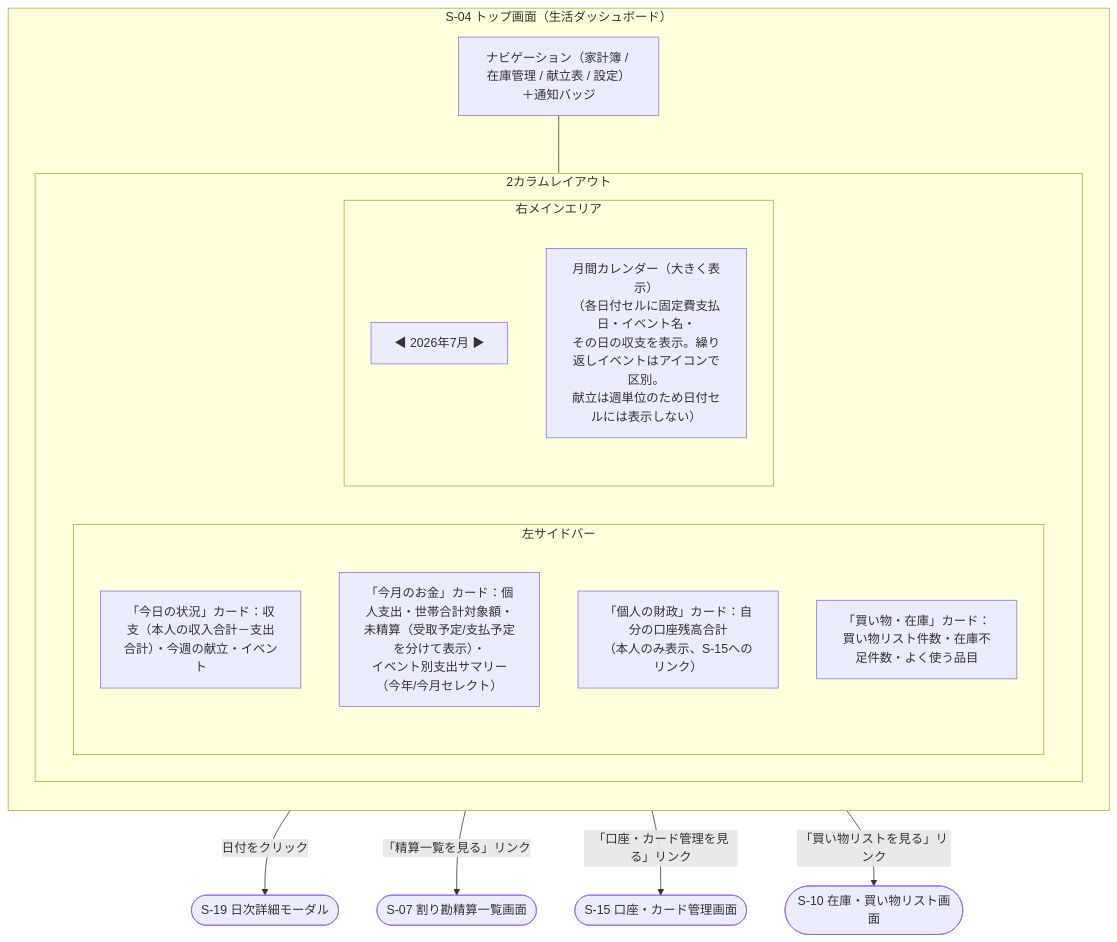
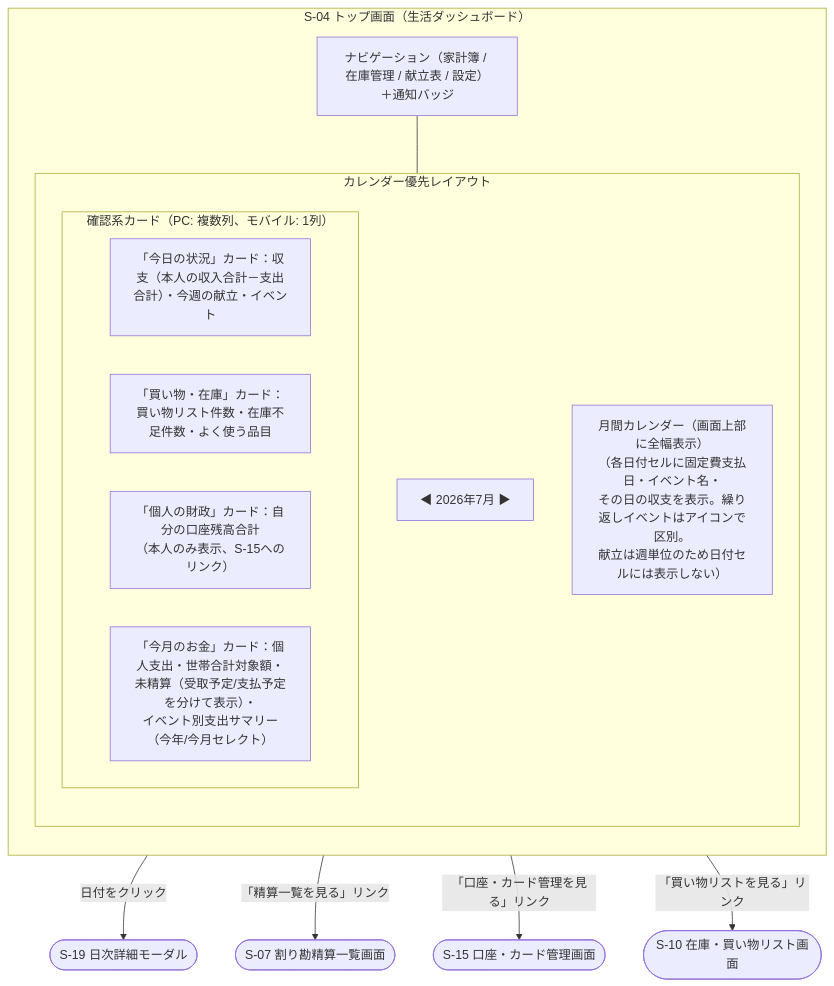
One commit to yamamotonaoki3/HomeLog changed the fourth of 20 diagrams in docs/details/wireframes.md. Above: the diagram before and after it, drawn with Mermaid. The commit also changed other lines of this file and 6 other files, not shown here.

````diff
--- a/docs/details/wireframes.md
+++ b/docs/details/wireframes.md
@@ -166,27 +163,24 @@
 ```mermaid
 flowchart TD
     subgraph Screen["S-04 トップ画面（生活ダッシュボード）"]
         direction TB
         Nav["ナビゲーション（家計簿 / 在庫管理 / 献立表 / 設定）＋通知バッジ"]
-        subgraph Layout["2カラムレイアウト"]
-            direction LR
-            subgraph Sidebar["左サイドバー"]
-                direction TB
+        subgraph Layout["カレンダー優先レイアウト"]
+            direction TB
+            Header["◀ 2026年7月 ▶"]
+            Calendar["月間カレンダー（画面上部に全幅表示）\n（各日付セルに固定費支払日・イベント名・\nその日の収支を表示。繰り返しイベントはアイコンで区別。\n献立は週単位のため日付セルには表示しない）"]
+            subgraph SummaryCards["確認系カード（PC: 複数列、モバイル: 1列）"]
+                direction LR
                 Today["「今日の状況」カード：収支（本人の収入合計－支出合計）・今週の献立・イベント"]
+                Stock["「買い物・在庫」カード：買い物リスト件数・在庫不足件数・よく使う品目"]
+                Finance["「個人の財政」カード：自分の口座残高合計\n（本人のみ表示、S-15へのリンク）"]
                 Money["「今月のお金」カード：個人支出・世帯合計対象額・\n未精算（受取予定/支払予定を分けて表示）・\nイベント別支出サマリー（今年/今月セレクト）"]
-                Finance["「個人の財政」カード：自分の口座残高合計\n（本人のみ表示、S-15へのリンク）"]
-                Stock["「買い物・在庫」カード：買い物リスト件数・在庫不足件数・よく使う品目"]
-            end
-            subgraph MainArea["右メインエリア"]
-                direction TB
-                Header["◀ 2026年7月 ▶"]
-                Calendar["月間カレンダー（大きく表示）\n（各日付セルに固定費支払日・イベント名・\nその日の収支を表示。繰り返しイベントはアイコンで区別。\n献立は週単位のため日付セルには表示しない）"]
             end
         end
     end
     Nav --- Layout
     Calendar -- 日付をクリック --> DayModal(["S-19 日次詳細モーダル"])
     Money -- 「精算一覧を見る」リンク --> S07(["S-07 割り勘精算一覧画面"])
     Finance -- 「口座・カード管理を見る」リンク --> S15(["S-15 口座・カード管理画面"])
     Stock -- 「買い物リストを見る」リンク --> S10(["S-10 在庫・買い物リスト画面"])
 ```
````
